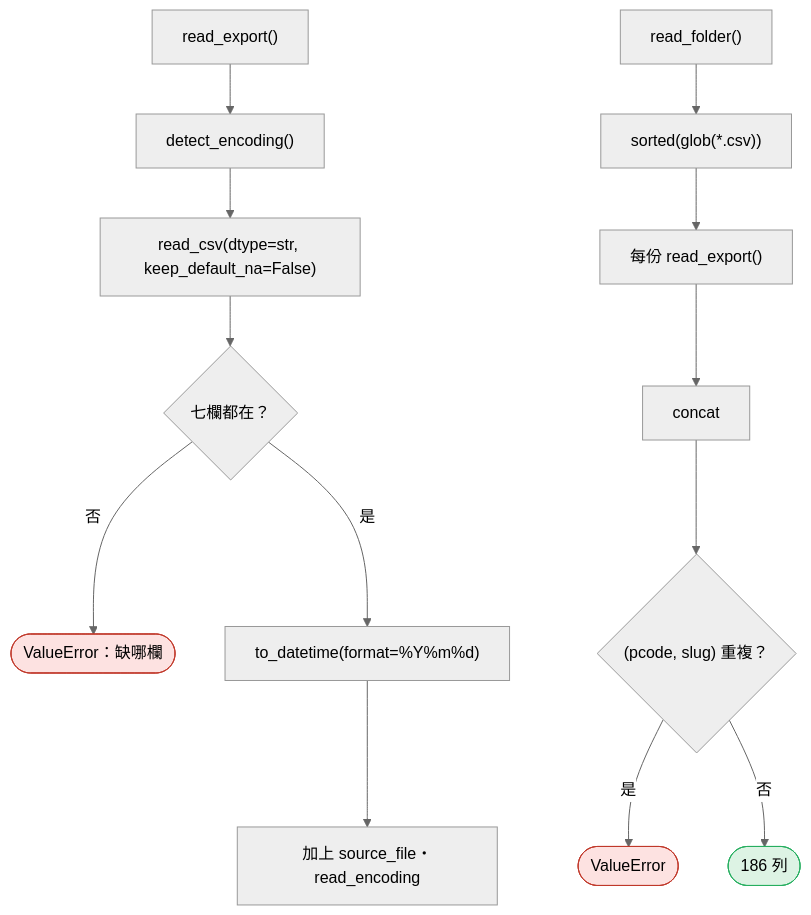
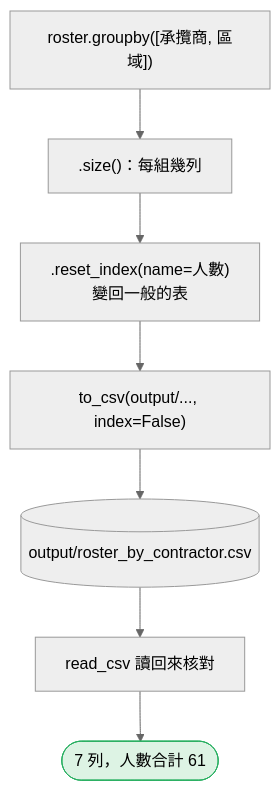
One commit to 4-learn/data-analysis-and-process-demo changed diagram 15 of 15 in docs/2.md. Above: the diagram before and after it, drawn with Mermaid (neutral theme). The commit also changed other lines of this file and 189 other files, not shown here.

````diff
--- a/docs/2.md
+++ b/docs/2.md
@@ -262,15 +410,10 @@
 ```mermaid
 flowchart TD
-    A["read_export()"] --> B["detect_encoding()"] --> C["read_csv(dtype=str, keep_default_na=False)"]
-    C --> D{"七欄都在？"}
-    D -- 否 --> X1(["ValueError：缺哪欄"])
-    D -- 是 --> E["to_datetime(format=%Y%m%d)"] --> G["加上 source_file・read_encoding"]
-    H["read_folder()"] --> I["sorted(glob(*.csv))"] --> J["每份 read_export()"] --> K["concat"]
-    K --> L{"(pcode, slug) 重複？"}
-    L -- 是 --> X2(["ValueError"])
-    L -- 否 --> M(["186 列"])
+    A["roster.groupby([承攬商, 區域])"] --> B[".size()：每組幾列"]
+    B --> C[".reset_index(name=人數)<br/>變回一般的表"]
+    C --> D["to_csv(output/..., index=False)"] --> E[("output/roster_by_contractor.csv")]
+    E --> F["read_csv 讀回來核對"] --> G(["7 列，人數合計 61"])
     classDef bad fill:#fde2e1,stroke:#c0392b
     classDef good fill:#ddf3e4,stroke:#27ae60
-    class X1,X2 bad
-    class M good
+    class G good
 ```
````
